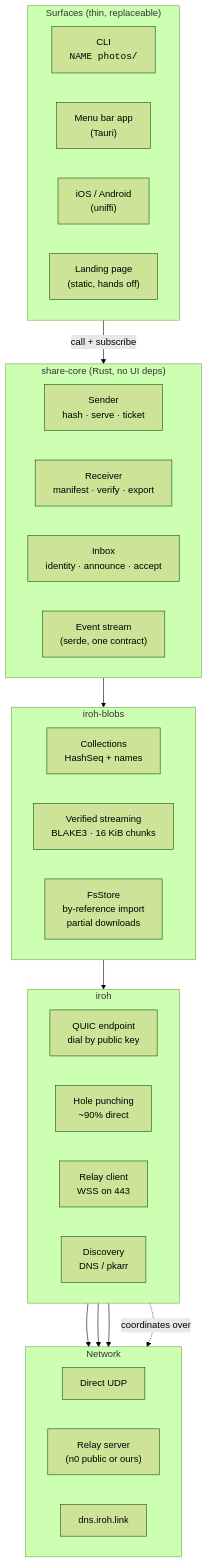
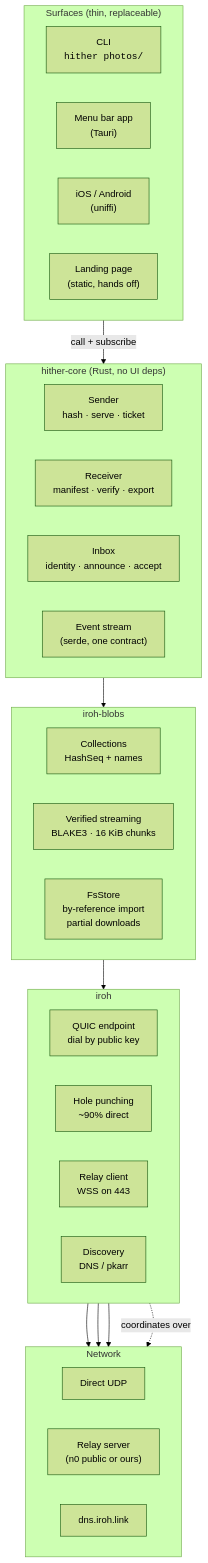
One commit to alDuncanson/hither changed the first of 7 diagrams in docs/architecture.md. Above: the diagram before and after it, drawn with Mermaid (forest theme). The commit also changed other lines of this file and 11 other files, not shown here.

````diff
--- a/docs/architecture.md
+++ b/docs/architecture.md
@@ -14,43 +14,43 @@
 ```mermaid
 flowchart TB
     subgraph surfaces["Surfaces (thin, replaceable)"]
         direction LR
-        cli["CLI<br/><code>NAME photos/</code>"]
+        cli["CLI<br/><code>hither photos/</code>"]
         menubar["Menu bar app<br/>(Tauri)"]
         mobile["iOS / Android<br/>(uniffi)"]
         web["Landing page<br/>(static, hands off)"]
     end
-    subgraph core["share-core (Rust, no UI deps)"]
+    subgraph core["hither-core (Rust, no UI deps)"]
         direction LR
         sender["Sender<br/>hash · serve · ticket"]
         receiver["Receiver<br/>manifest · verify · export"]
         inbox["Inbox<br/>identity · announce · accept"]
         events["Event stream<br/>(serde, one contract)"]
     end
     subgraph blobs["iroh-blobs"]
         direction LR
         coll["Collections<br/>HashSeq + names"]
         bao["Verified streaming<br/>BLAKE3 · 16 KiB chunks"]
         store["FsStore<br/>by-reference import<br/>partial downloads"]
     end
     subgraph iroh["iroh"]
         direction LR
         quic["QUIC endpoint<br/>dial by public key"]
         punch["Hole punching<br/>~90% direct"]
         relayc["Relay client<br/>WSS on 443"]
         disc["Discovery<br/>DNS / pkarr"]
     end
     subgraph net["Network"]
         direction LR
         direct["Direct UDP"]
         relay["Relay server<br/>(n0 public or ours)"]
         dns["dns.iroh.link"]
     end
     surfaces -- "call + subscribe" --> core
     core --> blobs
     blobs --> iroh
     quic --> direct
     relayc --> relay
     disc --> dns
     punch -. "coordinates over" .-> relay
 ```
````
